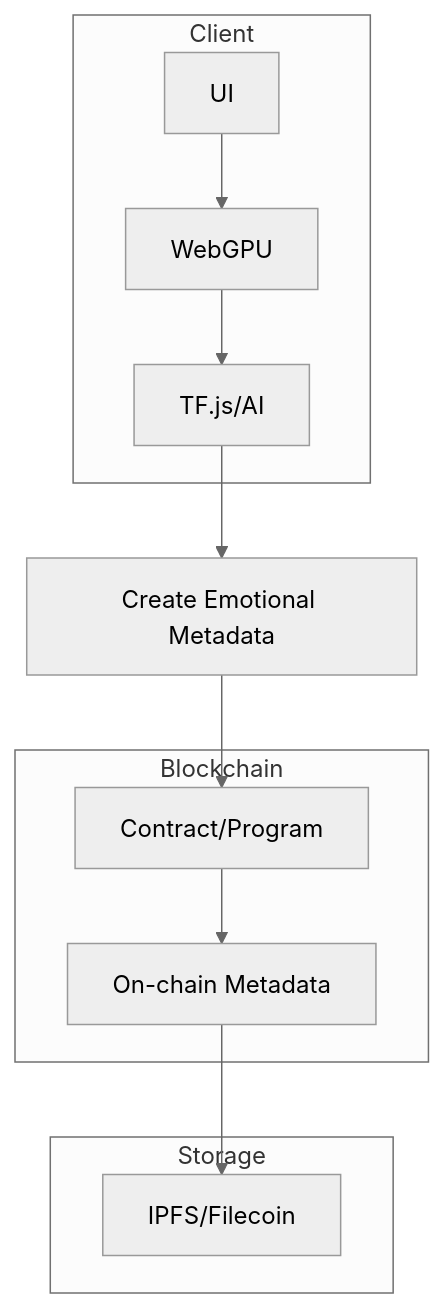
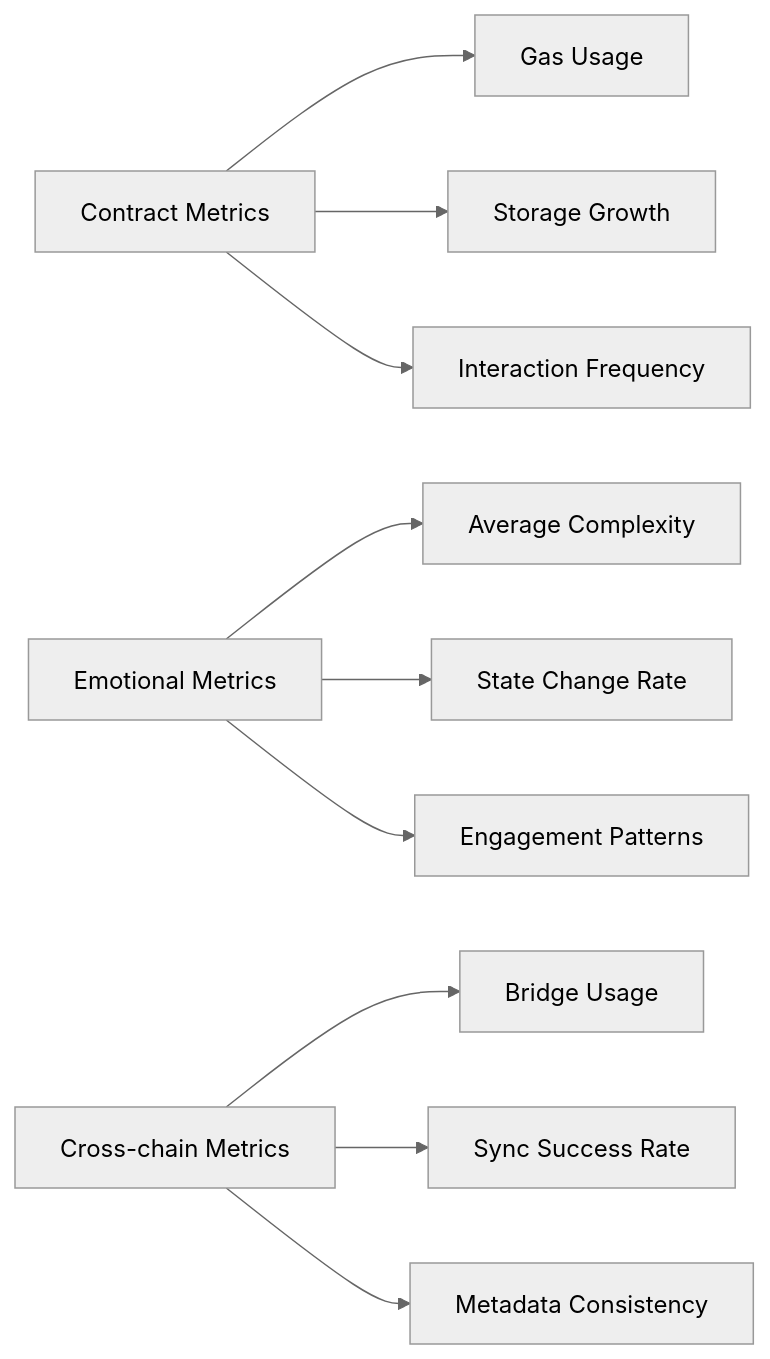
One commit to compiling-org/near-creative-engine changed the eighth of 8 diagrams in TECHNICAL_ARCHITECTURE.md. Above: the diagram before and after it, drawn with Mermaid (neutral theme). The commit also changed other lines of this file and 1 other file, not shown here.

Commit message:
docs: sync NEAR technical architecture and implementation report from project docs

````diff
--- a/TECHNICAL_ARCHITECTURE.md
+++ b/TECHNICAL_ARCHITECTURE.md
@@ -413,21 +251,14 @@
 ```mermaid
-graph TB
-    subgraph Client
-        UI[UI]
-        GPU[WebGPU]
-        MODEL[TF.js/AI]
-    end
-    subgraph Blockchain
-        CHAIN[Contract/Program]
-        METADATA[On-chain Metadata]
-    end
-    subgraph Storage
-        IPFS[IPFS/Filecoin]
-    end
-    UI --> GPU
-    GPU --> MODEL
-    MODEL --> CREATE[Create Emotional Metadata]
-    CREATE --> CHAIN
-    CHAIN --> METADATA
-    METADATA --> IPFS
+graph LR
+    A[Contract Metrics] --> B[Gas Usage]
+    A --> C[Storage Growth]
+    A --> D[Interaction Frequency]
+    
+    E[Emotional Metrics] --> F[Average Complexity]
+    E --> G[State Change Rate]
+    E --> H[Engagement Patterns]
+    
+    I[Cross-chain Metrics] --> J[Bridge Usage]
+    I --> K[Sync Success Rate]
+    I --> L[Metadata Consistency]
 ```
````
